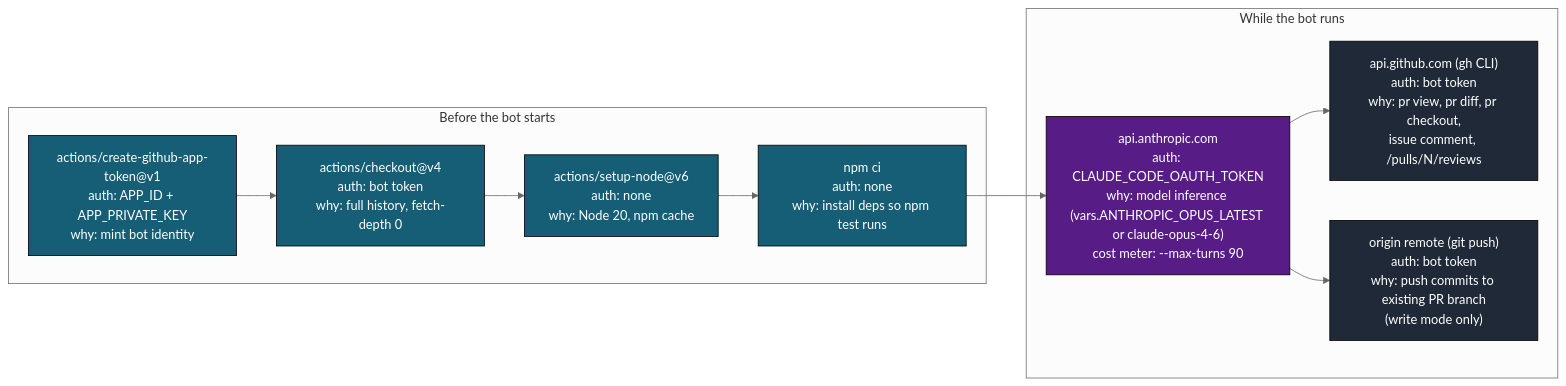
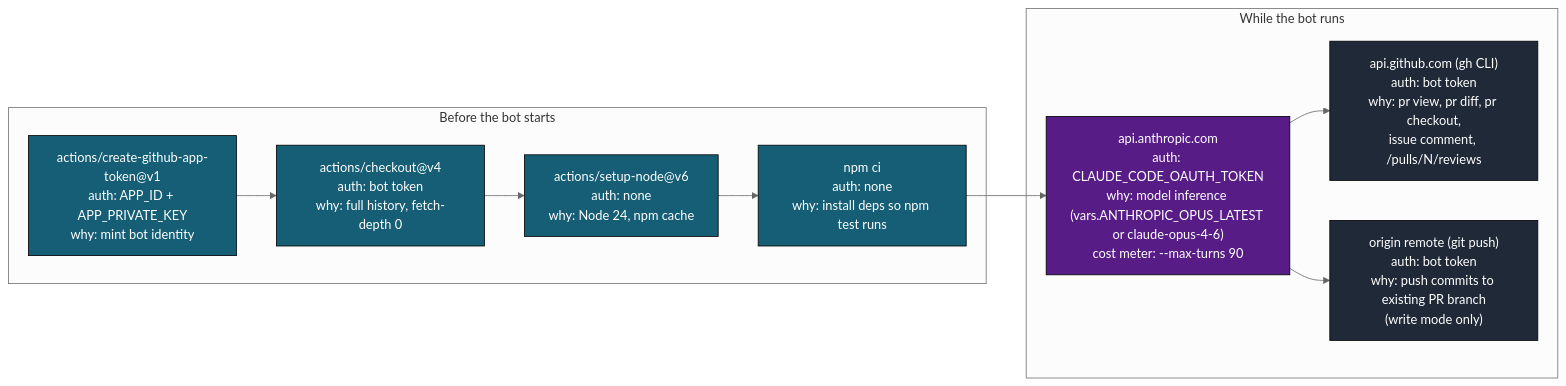
Before and after one commit to llm-exe/llm-exe: the eighth of 13 diagrams in .github/docs/BOT_RESPOND_DEEP_DIVE.md, drawn with Mermaid (neutral theme). The commit also changed other lines of this file and 6 other files, not shown here.

````diff
--- a/.github/docs/BOT_RESPOND_DEEP_DIVE.md
+++ b/.github/docs/BOT_RESPOND_DEEP_DIVE.md
@@ -357,23 +357,23 @@
 ```mermaid
 flowchart LR
     classDef pre fill:#155e75,color:#fff,stroke:#000
     classDef llm fill:#581c87,color:#fff,stroke:#000
     classDef gh fill:#1f2937,color:#fff,stroke:#000
 
     subgraph Pre["Before the bot starts"]
         c1["actions/create-github-app-token@v1\nauth: APP_ID + APP_PRIVATE_KEY\nwhy: mint bot identity"]:::pre
         c2["actions/checkout@v4\nauth: bot token\nwhy: full history, fetch-depth 0"]:::pre
-        c3["actions/setup-node@v6\nauth: none\nwhy: Node 20, npm cache"]:::pre
+        c3["actions/setup-node@v6\nauth: none\nwhy: Node 24, npm cache"]:::pre
         c4["npm ci\nauth: none\nwhy: install deps so npm test runs"]:::pre
     end
 
     subgraph During["While the bot runs"]
         d1["api.anthropic.com\nauth: CLAUDE_CODE_OAUTH_TOKEN\nwhy: model inference (vars.ANTHROPIC_OPUS_LATEST or claude-opus-4-6)\ncost meter: --max-turns 90"]:::llm
         d2["api.github.com (gh CLI)\nauth: bot token\nwhy: pr view, pr diff, pr checkout,\nissue comment, /pulls/N/reviews"]:::gh
         d3["origin remote (git push)\nauth: bot token\nwhy: push commits to existing PR branch\n(write mode only)"]:::gh
     end
 
     c1 --> c2 --> c3 --> c4 --> d1
     d1 --> d2
     d1 --> d3
 ```
````
